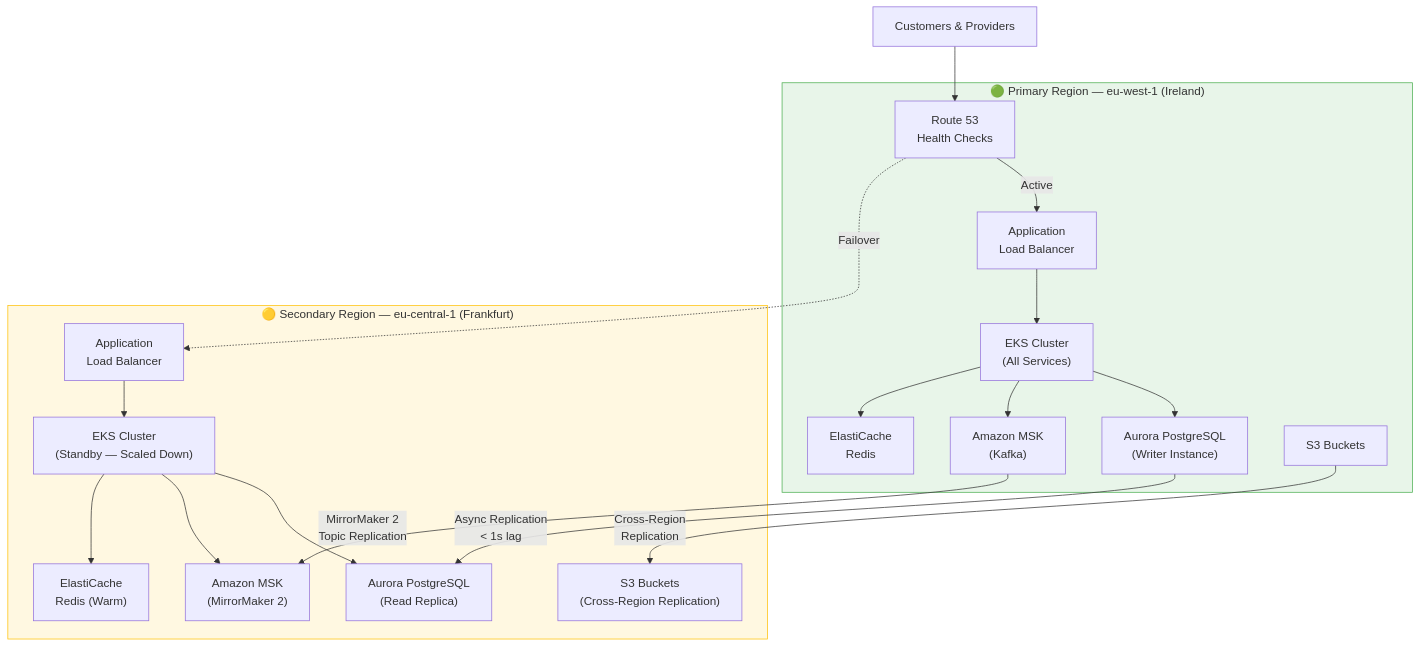
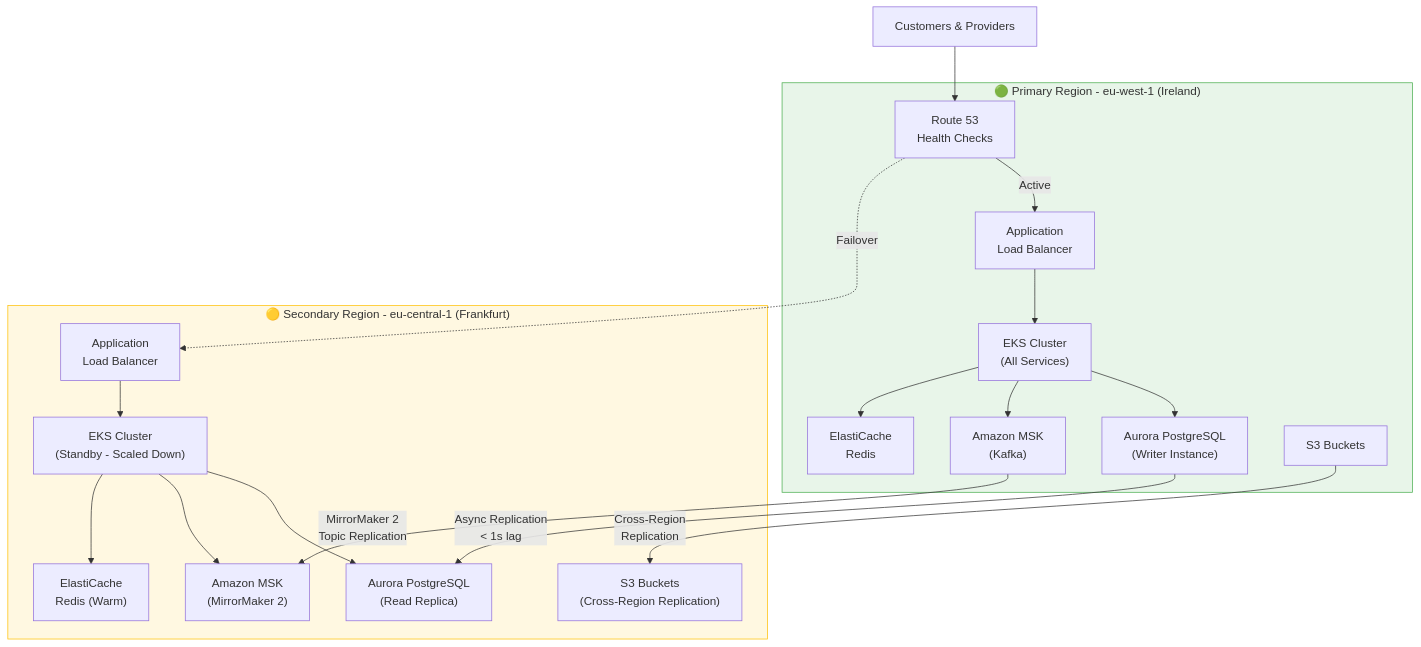
Before and after one commit to rishikeshdhokare/platform-manifesto: the first of 2 diagrams in 05-operational-excellence/07-disaster-recovery-playbook.md, drawn with Mermaid. The commit also changed other lines of this file and 20 other files, not shown here.

````diff
--- a/05-operational-excellence/07-disaster-recovery-playbook.md
+++ b/05-operational-excellence/07-disaster-recovery-playbook.md
@@ -28,42 +28,42 @@
 ```mermaid
 graph TB
-    subgraph Primary["🟢 Primary Region — eu-west-1 (Ireland)"]
+    subgraph Primary["🟢 Primary Region - eu-west-1 (Ireland)"]
         R53_P["Route 53<br/>Health Checks"]
         ALB_P["Application<br/>Load Balancer"]
         EKS_P["EKS Cluster<br/>(All Services)"]
         Aurora_P["Aurora PostgreSQL<br/>(Writer Instance)"]
         MSK_P["Amazon MSK<br/>(Kafka)"]
         Redis_P["ElastiCache<br/>Redis"]
         S3_P["S3 Buckets"]
     end
 
-    subgraph Secondary["🟡 Secondary Region — eu-central-1 (Frankfurt)"]
+    subgraph Secondary["🟡 Secondary Region - eu-central-1 (Frankfurt)"]
         ALB_S["Application<br/>Load Balancer"]
-        EKS_S["EKS Cluster<br/>(Standby — Scaled Down)"]
+        EKS_S["EKS Cluster<br/>(Standby - Scaled Down)"]
         Aurora_S["Aurora PostgreSQL<br/>(Read Replica)"]
         MSK_S["Amazon MSK<br/>(MirrorMaker 2)"]
         Redis_S["ElastiCache<br/>Redis (Warm)"]
         S3_S["S3 Buckets<br/>(Cross-Region Replication)"]
     end
 
     Users["Customers & Providers"] --> R53_P
     R53_P -->|"Active"| ALB_P
     R53_P -.->|"Failover"| ALB_S
 
     ALB_P --> EKS_P
     EKS_P --> Aurora_P
     EKS_P --> MSK_P
     EKS_P --> Redis_P
 
     Aurora_P -->|"Async Replication<br/>< 1s lag"| Aurora_S
     MSK_P -->|"MirrorMaker 2<br/>Topic Replication"| MSK_S
     S3_P -->|"Cross-Region<br/>Replication"| S3_S
 
     ALB_S --> EKS_S
     EKS_S --> Aurora_S
     EKS_S --> MSK_S
     EKS_S --> Redis_S
 
     style Primary fill:#E8F5E9,stroke:#4CAF50
     style Secondary fill:#FFF8E1,stroke:#FFC107
 ```
````
